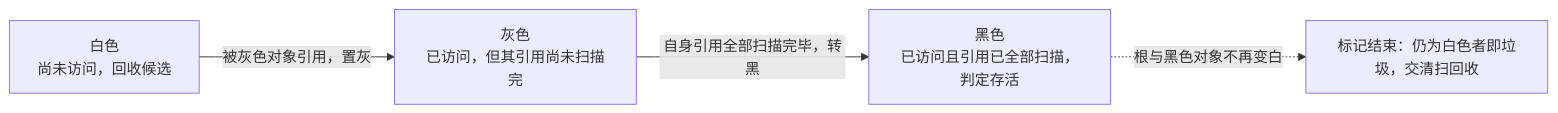
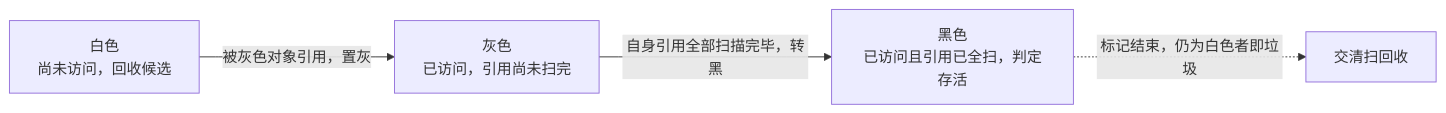
Before and after one commit to golang-design/under-the-hood: the diagram in book/zh-cn/part4memory/ch13gc/basic.md, drawn with Mermaid. The commit also changed other lines of this file and 11 other files, not shown here.

````diff
--- a/book/zh-cn/part4memory/ch13gc/basic.md
+++ b/book/zh-cn/part4memory/ch13gc/basic.md
@@ -34,6 +101,6 @@
 ```mermaid
 flowchart LR
-    W["白色<br/>尚未访问，回收候选"] -->|被灰色对象引用，置灰| G["灰色<br/>已访问，但其引用尚未扫描完"]
-    G -->|自身引用全部扫描完毕，转黑| B["黑色<br/>已访问且引用已全部扫描，判定存活"]
-    B -.->|根与黑色对象不再变白| DONE["标记结束：仍为白色者即垃圾，交清扫回收"]
+    W["白色<br/>尚未访问，回收候选"] -->|"被灰色对象引用，置灰"| G["灰色<br/>已访问，引用尚未扫完"]
+    G -->|"自身引用全部扫描完毕，转黑"| B["黑色<br/>已访问且引用已全扫，判定存活"]
+    B -.->|"标记结束，仍为白色者即垃圾"| DONE["交清扫回收"]
 ```
````
